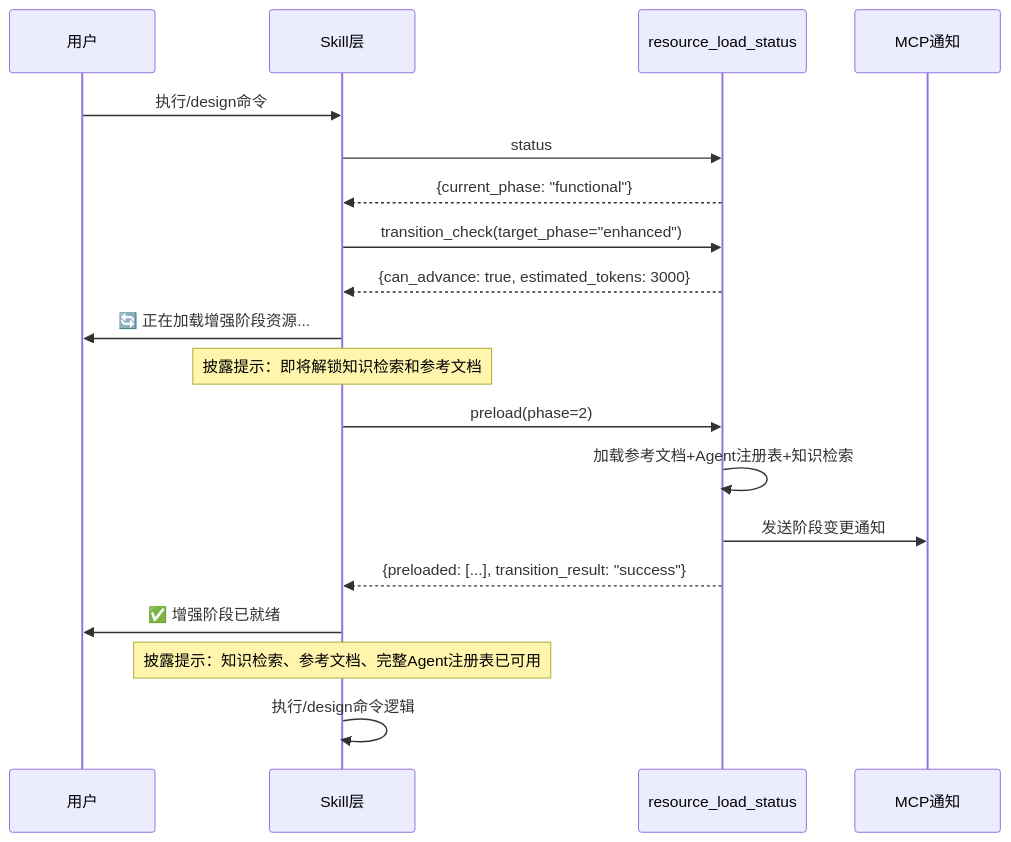
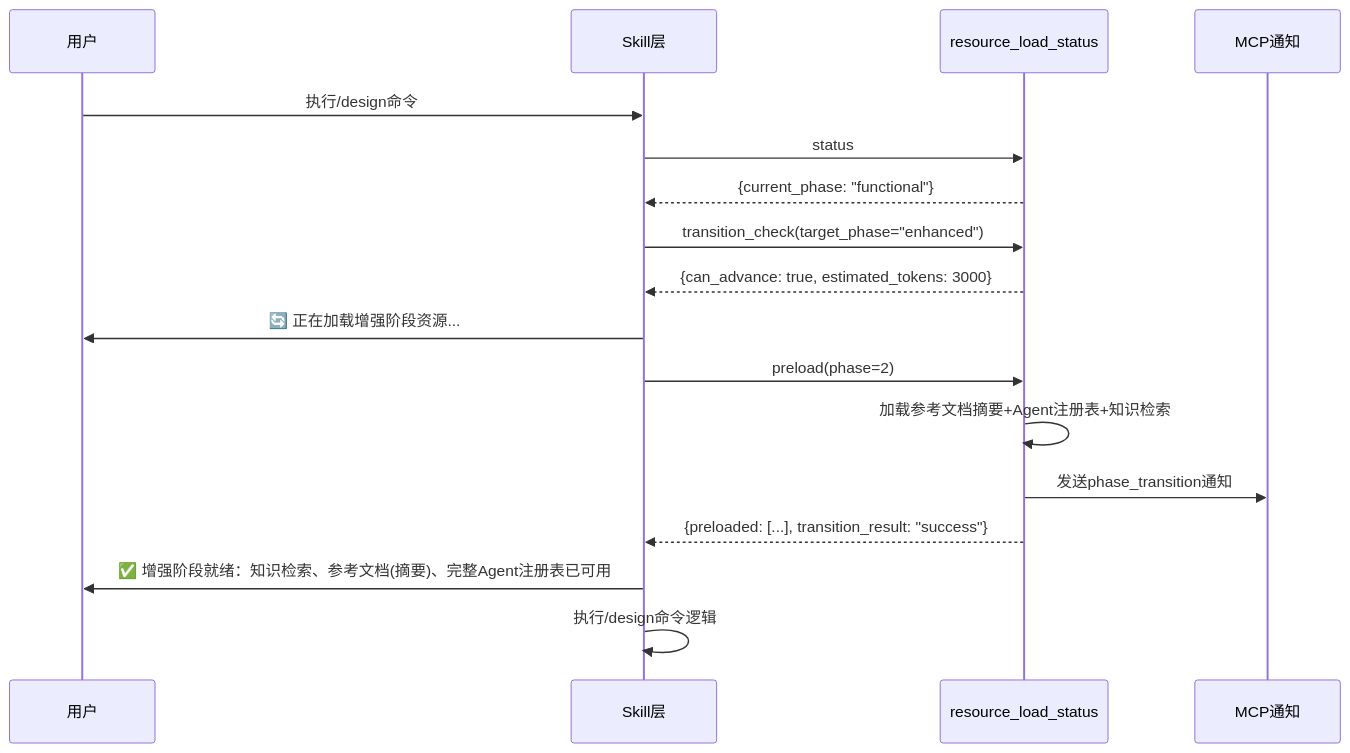
One commit to xuanyuanchumo/xuansto changed the tenth of 12 diagrams in docs/plan/REFACTOR_PLAN.md. Above: the diagram before and after it, drawn with Mermaid. The commit also changed other lines of this file and 34 other files, not shown here.

````diff
--- a/docs/plan/REFACTOR_PLAN.md
+++ b/docs/plan/REFACTOR_PLAN.md
@@ -556,27 +594,25 @@
 ```mermaid
 sequenceDiagram
     participant User as 用户
     participant Skill as Skill层
     participant RLS as resource_load_status
     participant Notify as MCP通知
 
     User->>Skill: 执行/design命令
     Skill->>RLS: status
     RLS-->>Skill: {current_phase: "functional"}
 
     Skill->>RLS: transition_check(target_phase="enhanced")
     RLS-->>Skill: {can_advance: true, estimated_tokens: 3000}
 
     Skill->>User: 🔄 正在加载增强阶段资源...
-    Note over Skill: 披露提示：即将解锁知识检索和参考文档
 
     Skill->>RLS: preload(phase=2)
-    RLS->>RLS: 加载参考文档+Agent注册表+知识检索
-    RLS->>Notify: 发送阶段变更通知
+    RLS->>RLS: 加载参考文档摘要+Agent注册表+知识检索
+    RLS->>Notify: 发送phase_transition通知
     RLS-->>Skill: {preloaded: [...], transition_result: "success"}
 
-    Skill->>User: ✅ 增强阶段已就绪
-    Note over Skill: 披露提示：知识检索、参考文档、完整Agent注册表已可用
+    Skill->>User: ✅ 增强阶段就绪：知识检索、参考文档(摘要)、完整Agent注册表已可用
 
     Skill->>Skill: 执行/design命令逻辑
 ```
````
